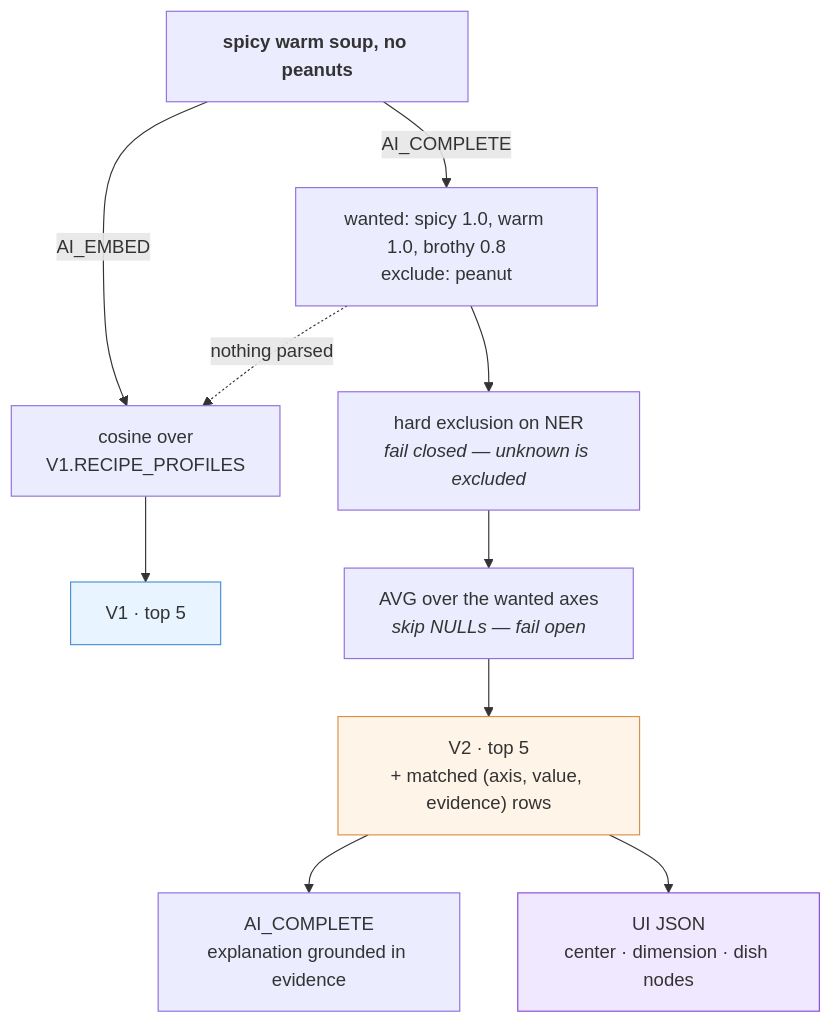
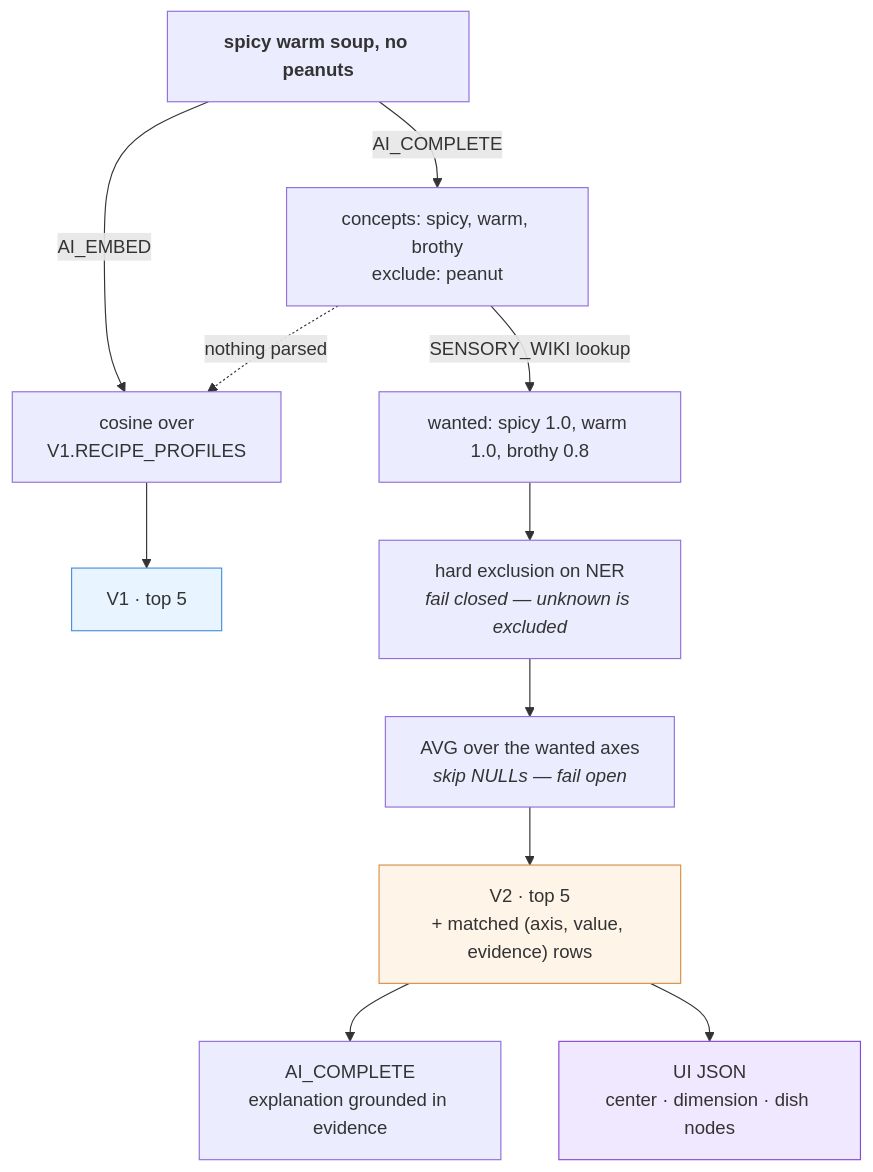
Before and after one commit to syp0000/CravingRAG: the second of 2 diagrams in PLAN.md, drawn with Mermaid. The commit also changed other lines of this file and 1 other file, not shown here.

First line of the commit message:
Restore the sensory wiki as a concept-to-axis table

````diff
--- a/PLAN.md
+++ b/PLAN.md
@@ -64,21 +95,22 @@
 ```mermaid
 flowchart TD
     Q["<b>spicy warm soup, no peanuts</b>"]
 
     Q -->|AI_EMBED| VEC["cosine over<br/>V1.RECIPE_PROFILES"]
     VEC --> T1["V1 · top 5"]
 
-    Q -->|AI_COMPLETE| INTENT["wanted: spicy 1.0, warm 1.0, brothy 0.8<br/>exclude: peanut"]
+    Q -->|AI_COMPLETE| CONC["concepts: spicy, warm, brothy<br/>exclude: peanut"]
+    CONC -->|SENSORY_WIKI lookup| INTENT["wanted: spicy 1.0, warm 1.0, brothy 0.8"]
     INTENT --> EXCL["hard exclusion on NER<br/><i>fail closed — unknown is excluded</i>"]
     EXCL --> SCORE["AVG over the wanted axes<br/><i>skip NULLs — fail open</i>"]
     SCORE --> T2["V2 · top 5<br/>+ matched (axis, value, evidence) rows"]
 
     T2 --> EXPL["AI_COMPLETE<br/>explanation grounded in evidence"]
     T2 --> UI["UI JSON<br/>center · dimension · dish nodes"]
 
-    INTENT -.->|nothing parsed| VEC
+    CONC -.->|nothing parsed| VEC
 
     style T1 fill:#e8f4ff,stroke:#4a90d9
     style T2 fill:#fff4e8,stroke:#d9904a
     style UI fill:#f0e8ff,stroke:#8a4ad9
 ```
````
